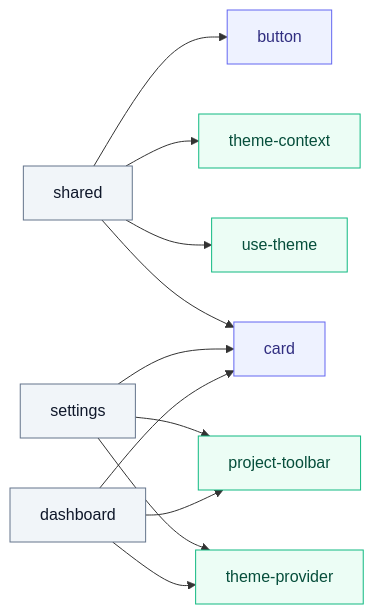
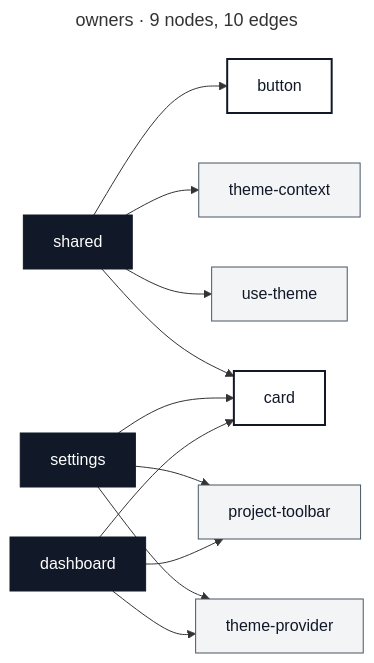
The diagram in examples/self/tools/ui-catalog/diagrams/owners.mmd (autotelic/tackle), drawn with Mermaid before and after one commit. The commit also changed 11 other files, not shown here.

First line of the commit message:
Draw the graphs that read: small multiples, and no non-data ink

```diff
--- a/examples/self/tools/ui-catalog/diagrams/owners.mmd
+++ b/examples/self/tools/ui-catalog/diagrams/owners.mmd
@@ -1,23 +1,30 @@
+---
+title: owners · 9 nodes, 10 edges
+---
 flowchart LR
-  n0["shared"]:::owner
-  n1["button"]:::primitive
-  n2["dashboard"]:::owner
-  n3["card"]:::primitive
-  n4["settings"]:::owner
-  n5["project-toolbar"]:::shared
-  n6["theme-context"]:::shared
-  n7["theme-provider"]:::shared
-  n8["use-theme"]:::shared
+  n0["shared"]
+  n1["button"]
+  n2["dashboard"]
+  n3["card"]
+  n4["settings"]
+  n5["project-toolbar"]
+  n6["theme-context"]
+  n7["theme-provider"]
+  n8["use-theme"]
   n0 --> n1
   n2 --> n3
   n4 --> n3
   n0 --> n3
   n2 --> n5
   n4 --> n5
   n0 --> n6
   n2 --> n7
   n4 --> n7
   n0 --> n8
-  classDef owner fill:#f1f5f9,stroke:#64748b,color:#0f172a;
-  classDef primitive fill:#eef2ff,stroke:#6366f1,color:#312e81;
-  classDef shared fill:#ecfdf5,stroke:#10b981,color:#064e3b;
+  class n0,n2,n4 owner
+  class n1,n3 primitive
+  class n5,n6,n7,n8 shared
+  classDef default fill:#ffffff,stroke:#9ca3af,color:#111827;
+  classDef owner fill:#111827,stroke:#111827,color:#ffffff;
+  classDef primitive fill:#ffffff,stroke:#111827,stroke-width:2px,color:#111827;
+  classDef shared fill:#f3f4f6,stroke:#4b5563,color:#111827;
```
